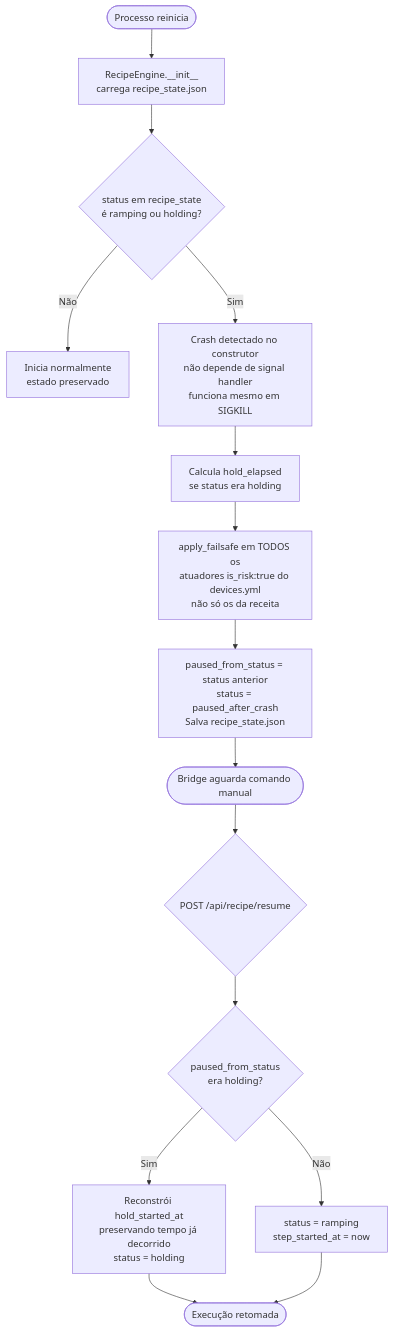
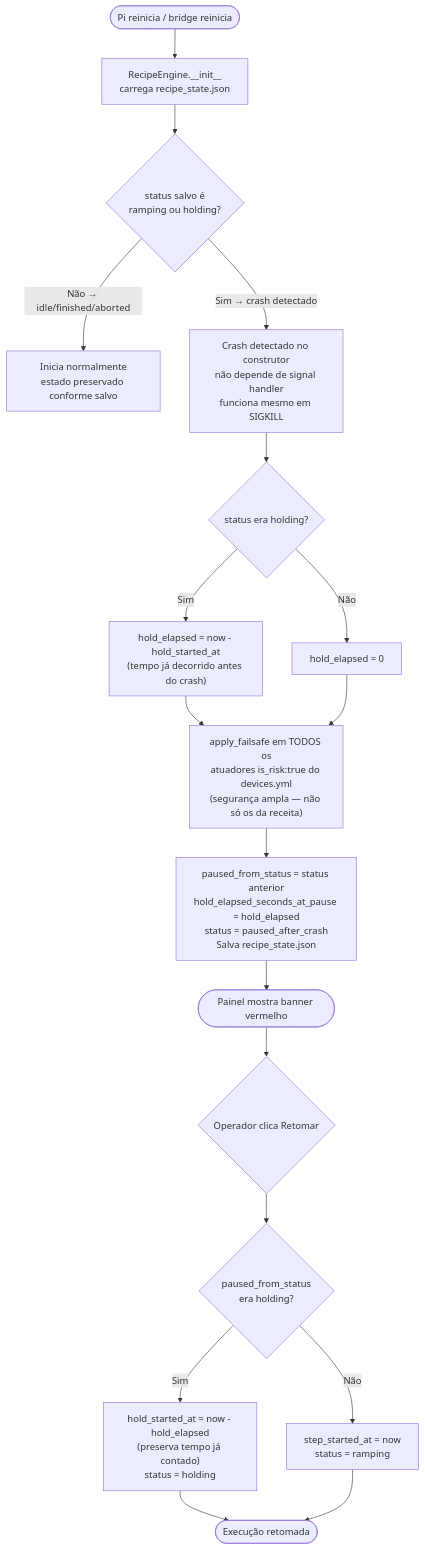
The fourth of 7 diagrams in docs/technical/03-fluxos.md (ChristopherNicolasSMM/Tesseract-Device-Bridge), drawn with Mermaid before and after one commit. The commit also changed other lines of this file and 9 other files, not shown here.

Commit message:
Docs: atualiza todos os .md com GPIO, logs, servico, ER e casos de uso

````diff
--- a/docs/technical/03-fluxos.md
+++ b/docs/technical/03-fluxos.md
@@ -25,17 +95,20 @@
 ```mermaid
 flowchart TD
-    A([Processo reinicia]) --> B[RecipeEngine.__init__\ncarrega recipe_state.json]
-    B --> C{status em recipe_state\né ramping ou holding?}
-    C -- Não --> D[Inicia normalmente\nestado preservado]
-    C -- Sim --> E[Crash detectado no construtor\nnão depende de signal handler\nfunciona mesmo em SIGKILL]
-    E --> F[Calcula hold_elapsed\nse status era holding]
-    F --> G[apply_failsafe em TODOS os\natuadores is_risk:true do devices.yml\nnão só os da receita]
-    G --> H[paused_from_status = status anterior\nstatus = paused_after_crash\nSalva recipe_state.json]
-    H --> I([Bridge aguarda comando manual])
-    I --> J{POST /api/recipe/resume}
-    J --> K{paused_from_status\nera holding?}
-    K -- Sim --> L[Reconstrói hold_started_at\npreservando tempo já decorrido\nstatus = holding]
-    K -- Não --> M[status = ramping\nstep_started_at = now]
-    L --> N([Execução retomada])
-    M --> N
+    A([Pi reinicia / bridge reinicia]) --> B["RecipeEngine.__init__\ncarrega recipe_state.json"]
+    B --> C{status salvo é\nramping ou holding?}
+    C -- Não → idle/finished/aborted --> D["Inicia normalmente\nestado preservado conforme salvo"]
+    C -- Sim → crash detectado --> E["Crash detectado no construtor\nnão depende de signal handler\nfunciona mesmo em SIGKILL"]
+    E --> F{status era holding?}
+    F -- Sim --> G["hold_elapsed = now - hold_started_at\n(tempo já decorrido antes do crash)"]
+    F -- Não --> H["hold_elapsed = 0"]
+    G --> I
+    H --> I["apply_failsafe em TODOS os\natuadores is_risk:true do devices.yml\n(segurança ampla — não só os da receita)"]
+    I --> J["paused_from_status = status anterior\nhold_elapsed_seconds_at_pause = hold_elapsed\nstatus = paused_after_crash\nSalva recipe_state.json"]
+    J --> K([Painel mostra banner vermelho])
+    K --> L{Operador clica Retomar}
+    L --> M{paused_from_status\nera holding?}
+    M -- Sim --> N["hold_started_at = now - hold_elapsed\n(preserva tempo já contado)\nstatus = holding"]
+    M -- Não --> O["step_started_at = now\nstatus = ramping"]
+    N --> P([Execução retomada])
+    O --> P
 ```
````
